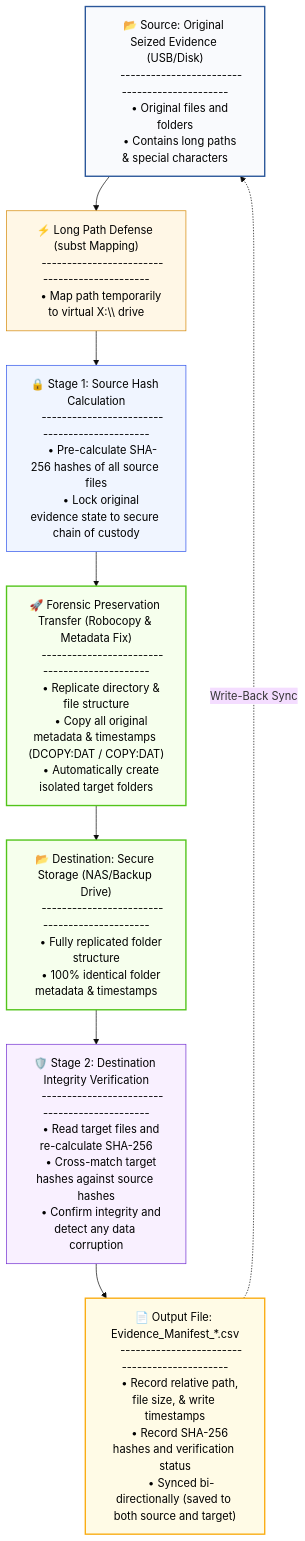
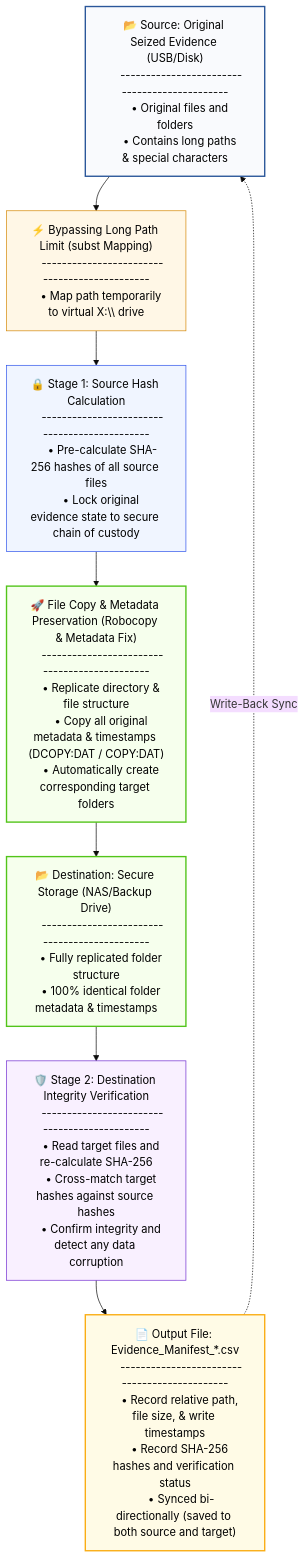
One commit to Chiakai-Chang/Forensic-Evidence-Ingestion-Tool changed the diagram in README.en.md. Above: the diagram before and after it, drawn with Mermaid (base theme). The commit also changed other lines of this file and 2 other files, not shown here.

Commit message:
Refactor terminology to remove marketing buzzwords and use professional forensic terms

````diff
--- a/README.en.md
+++ b/README.en.md
@@ -16,58 +16,58 @@
 ```mermaid
 flowchart TD
     %% Node Definitions
     Source["📂 Source: Original Seized Evidence (USB/Disk)
     ---------------------------------------------
     • Original files and folders
     • Contains long paths & special characters"]
     
-    Subst["⚡ Long Path Defense (subst Mapping)
+    Subst["⚡ Bypassing Long Path Limit (subst Mapping)
     ---------------------------------------------
     • Map path temporarily to virtual X:\\ drive"]
     
     SourceHash["🔒 Stage 1: Source Hash Calculation
     ---------------------------------------------
     • Pre-calculate SHA-256 hashes of all source files
     • Lock original evidence state to secure chain of custody"]
     
-    Robocopy["🚀 Forensic Preservation Transfer (Robocopy & Metadata Fix)
+    Robocopy["🚀 File Copy & Metadata Preservation (Robocopy & Metadata Fix)
     ---------------------------------------------
     • Replicate directory & file structure
     • Copy all original metadata & timestamps (DCOPY:DAT / COPY:DAT)
-    • Automatically create isolated target folders"]
+    • Automatically create corresponding target folders"]
     
     TargetDir["📂 Destination: Secure Storage (NAS/Backup Drive)
     ---------------------------------------------
     • Fully replicated folder structure
     • 100% identical folder metadata & timestamps"]
     
     Manifest["📄 Output File: Evidence_Manifest_*.csv
     ---------------------------------------------
     • Record relative path, file size, & write timestamps
     • Record SHA-256 hashes and verification status
     • Synced bi-directionally (saved to both source and target)"]
     
     Verify["🛡️ Stage 2: Destination Integrity Verification
     ---------------------------------------------
     • Read target files and re-calculate SHA-256
     • Cross-match target hashes against source hashes
     • Confirm integrity and detect any data corruption"]
 
     %% Flow Connections
     Source --> Subst
     Subst --> SourceHash
     SourceHash --> Robocopy
     Robocopy --> TargetDir
     TargetDir --> Verify
     Verify --> Manifest
     Manifest -.->|Write-Back Sync| Source
 
     %% Styling
     style Source fill:#f9fafd,stroke:#2b579a,stroke-width:2px,color:#000
     style Subst fill:#fff7e6,stroke:#d48806,stroke-width:1px,color:#000
     style SourceHash fill:#f0f5ff,stroke:#2f54eb,stroke-width:1px,color:#000
     style Robocopy fill:#f6ffed,stroke:#52c41a,stroke-width:2px,color:#000
     style TargetDir fill:#f6ffed,stroke:#52c41a,stroke-width:2px,color:#000
     style Verify fill:#f9f0ff,stroke:#722ed1,stroke-width:1px,color:#000
     style Manifest fill:#fffbe6,stroke:#faad14,stroke-width:2px,color:#000
 ```
````
